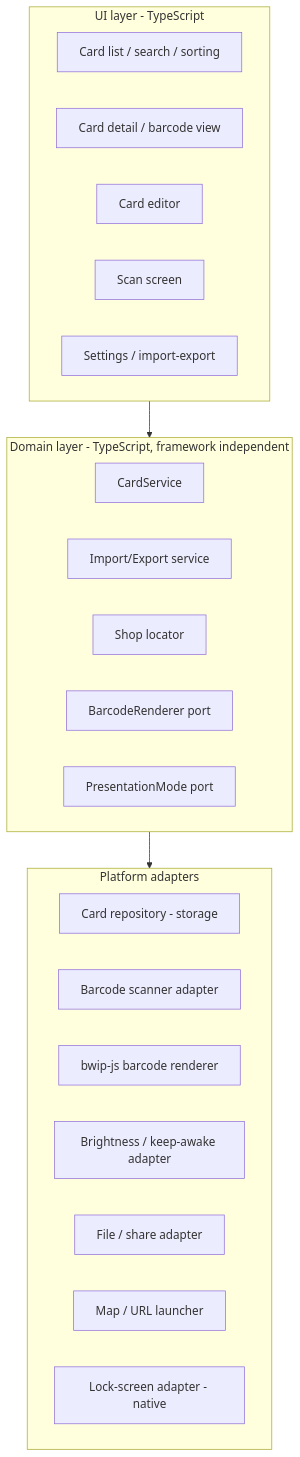
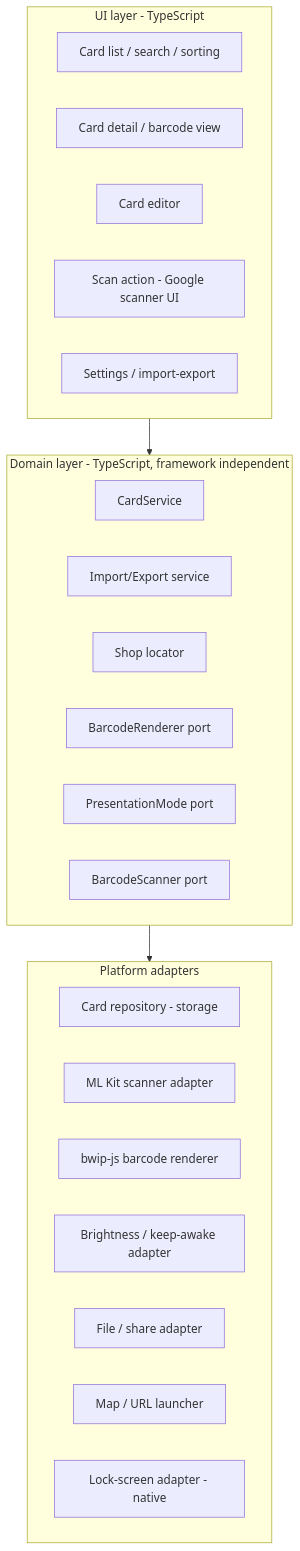
Before and after one commit to mdelta/mycards: the second of 4 diagrams in docs/architecture/arc42.md, drawn with Mermaid. The commit also changed other lines of this file and 21 other files, not shown here.

Commit message:
Scan cards with Google's ML Kit scanner and pre-fill the editor (step 4)

````diff
--- a/docs/architecture/arc42.md
+++ b/docs/architecture/arc42.md
@@ -142,27 +142,28 @@
 ```mermaid
 flowchart TB
   subgraph UI[UI layer - TypeScript]
     CardList[Card list / search / sorting]
     CardDetail[Card detail / barcode view]
     CardEdit[Card editor]
-    Scan[Scan screen]
+    Scan[Scan action - Google scanner UI]
     Settings[Settings / import-export]
   end
   subgraph Domain[Domain layer - TypeScript, framework independent]
     CardService
     ImportExport[Import/Export service]
     ShopLocator[Shop locator]
     BarcodeRenderer[BarcodeRenderer port]
     PresentationMode[PresentationMode port]
+    Scanner[BarcodeScanner port]
   end
   subgraph Infra[Platform adapters]
     Repo[Card repository - storage]
-    CameraScan[Barcode scanner adapter]
+    CameraScan[ML Kit scanner adapter]
     Bwip[bwip-js barcode renderer]
     Screen[Brightness / keep-awake adapter]
     FileAdapter[File / share adapter]
     MapAdapter[Map / URL launcher]
     LockScreen[Lock-screen adapter - native]
   end
   UI --> Domain --> Infra
 ```
````
